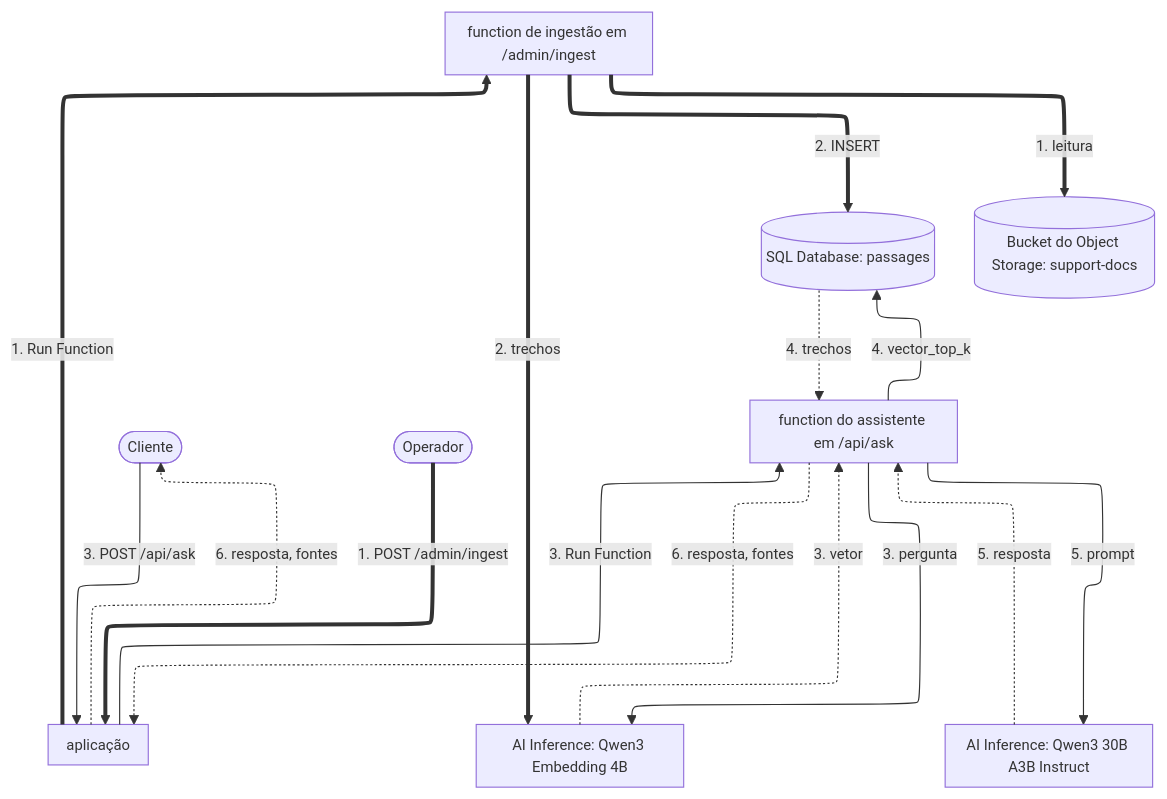
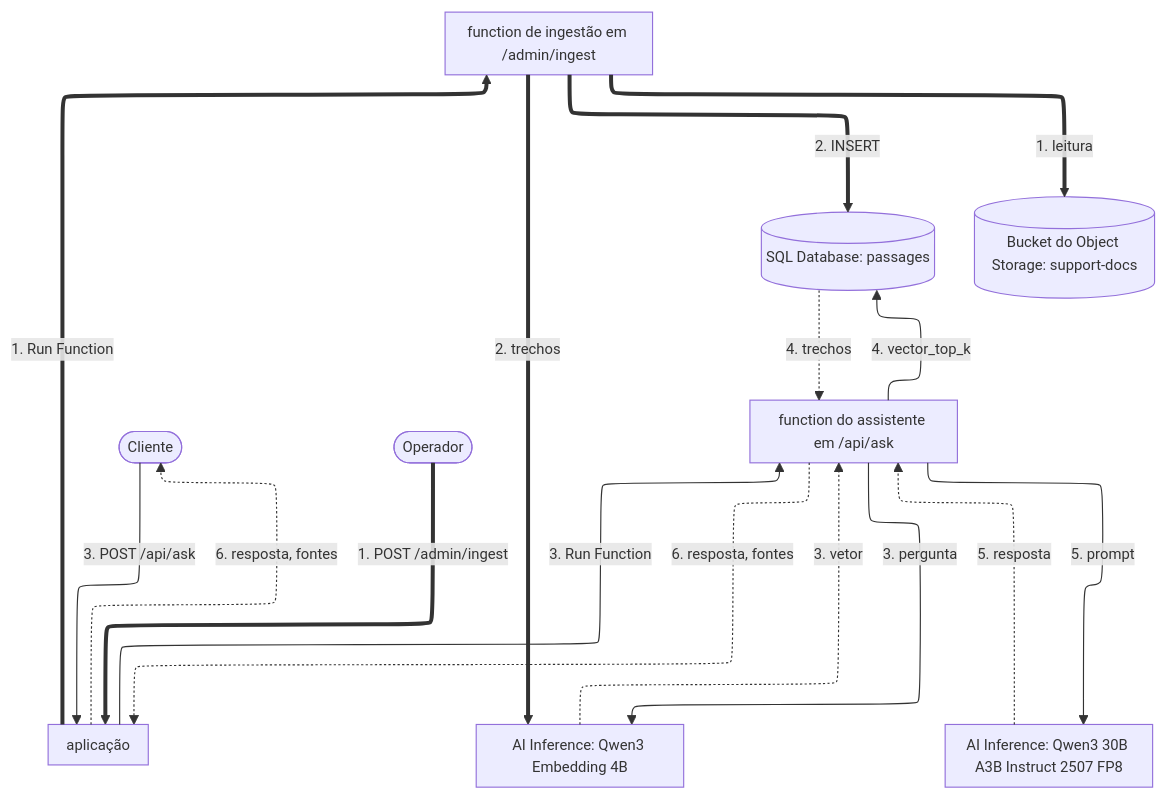
Before and after one commit to aziontech/docs: the diagram in apps/docs/src/content/docs/pt-br/pages/casos-de-uso/construir-e-executar-workloads-de-ai/criar-e-executar-assistentes-de-ia-para-suporte-ao-cliente.mdx, drawn with Mermaid. The commit also changed 21 other files, not shown here.

````diff
--- a/apps/docs/src/content/docs/pt-br/pages/casos-de-uso/construir-e-executar-workloads-de-ai/criar-e-executar-assistentes-de-ia-para-suporte-ao-cliente.mdx
+++ b/apps/docs/src/content/docs/pt-br/pages/casos-de-uso/construir-e-executar-workloads-de-ai/criar-e-executar-assistentes-de-ia-para-suporte-ao-cliente.mdx
@@ -42,28 +42,28 @@
 ```mermaid
 %%{init: {"layout": "elk", "elk": {"preset": "modelOrder", "keepEntryNodeOnTop": true, "cycleBreakingStrategy": "MODEL_ORDER"}, "themeVariables": {"fontSize": "13px"}, "flowchart": {"nodeSpacing": 24, "rankSpacing": 36, "padding": 8, "wrappingWidth": 150, "useMaxWidth": true}, "sequence": {"width": 120, "actorMargin": 30, "useMaxWidth": true}}}%%
 flowchart TD
   Customer(["Cliente"])
   Operator(["Operador"])
   App["aplicação"]
   Assist["function do assistente em /api/ask"]
   Ingest["function de ingestão em /admin/ingest"]
   Embed["AI Inference: Qwen3 Embedding 4B"]
   DB[("SQL Database: passages")]
-  Chat["AI Inference: Qwen3 30B A3B Instruct"]
+  Chat["AI Inference: Qwen3 30B A3B Instruct 2507 FP8"]
   Bucket[("Bucket do Object Storage: support-docs")]
   Customer -->|"3. POST /api/ask"| App
   App -->|"3. Run Function"| Assist
   Assist -->|"3. pergunta"| Embed
   Assist -->|"4. vector_top_k"| DB
   Assist -->|"5. prompt"| Chat
   Embed -.->|"3. vetor"| Assist
   DB -.->|"4. trechos"| Assist
   Chat -.->|"5. resposta"| Assist
   Assist -.->|"6. resposta, fontes"| App
   App -.->|"6. resposta, fontes"| Customer
   Operator ==>|"1. POST /admin/ingest"| App
   App ==>|"1. Run Function"| Ingest
   Ingest ==>|"1. leitura"| Bucket
   Ingest ==>|"2. trechos"| Embed
   Ingest ==>|"2. INSERT"| DB
 ```
````
